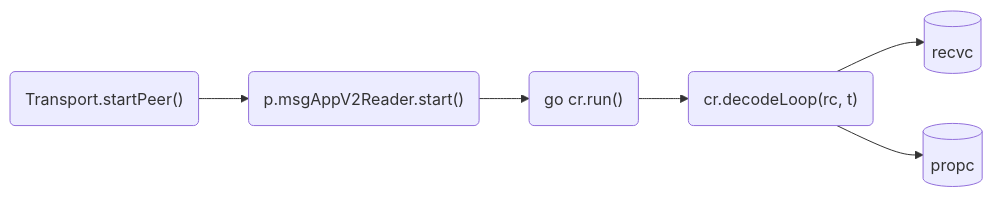
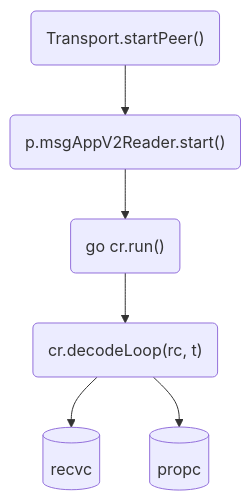
The first of 2 diagrams in docs/topics/etcd/etcd-raft.md (kangxiaoning/kangxiaoning.github.io), drawn with Mermaid before and after one commit. The commit also changed other lines of this file, not shown here.

````diff
--- a/docs/topics/etcd/etcd-raft.md
+++ b/docs/topics/etcd/etcd-raft.md
@@ -807,15 +819,15 @@
 ```mermaid
-flowchart LR
+flowchart TB
    A("Transport.startPeer()")
    B("p.msgAppV2Reader.start()")
    C("go cr.run()")
    D("cr.decodeLoop(rc, t)")
    E[("recvc")]
    F[("propc")]
 
    A-->B
    B-->C
    C-->D
    D-->E
    D-->F
 ```
````
